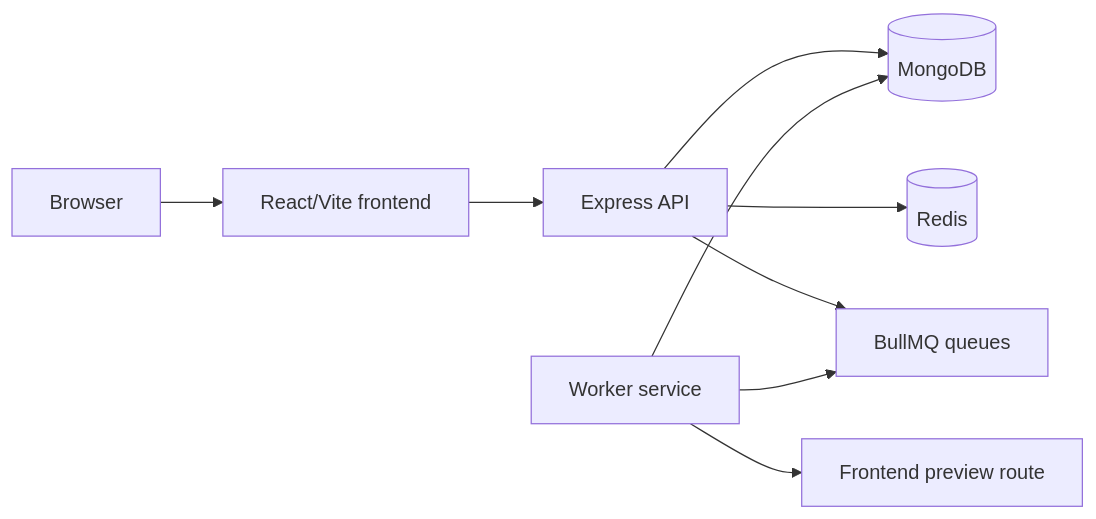
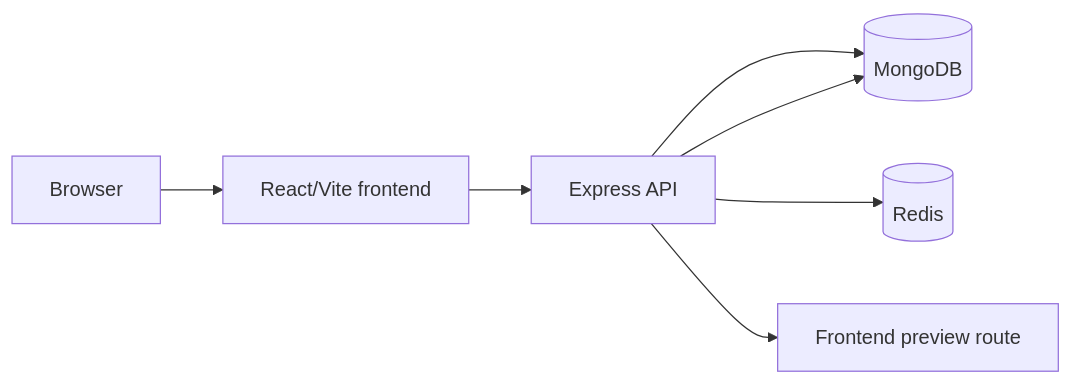
One commit to Rahul-Karki/Resume-Builder-Project changed the diagram in README.md. Above: the diagram before and after it, drawn with Mermaid. The commit also changed other lines of this file and 9 other files, not shown here.

````diff
--- a/README.md
+++ b/README.md
@@ -14,11 +14,9 @@
 ```mermaid
 flowchart LR
   Browser[Browser] --> Frontend[React/Vite frontend]
   Frontend --> API[Express API]
   API --> Mongo[(MongoDB)]
+  API --> Mongo[(MongoDB)]
   API --> Redis[(Redis)]
-  API --> Queue[BullMQ queues]
-  Worker[Worker service] --> Queue
-  Worker --> Mongo
-  Worker --> FrontendPreview[Frontend preview route]
+  API --> FrontendPreview[Frontend preview route]
 ```
````
